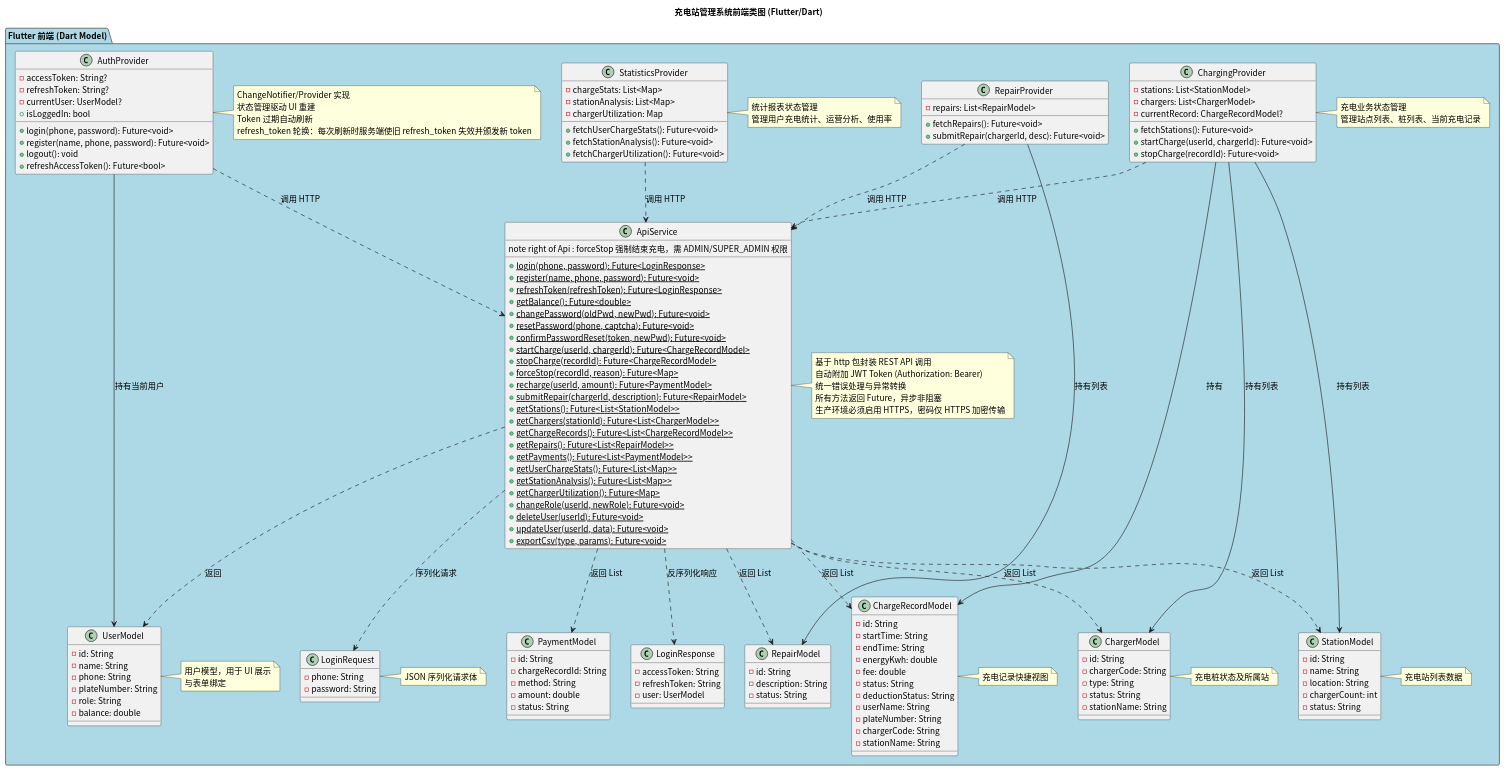
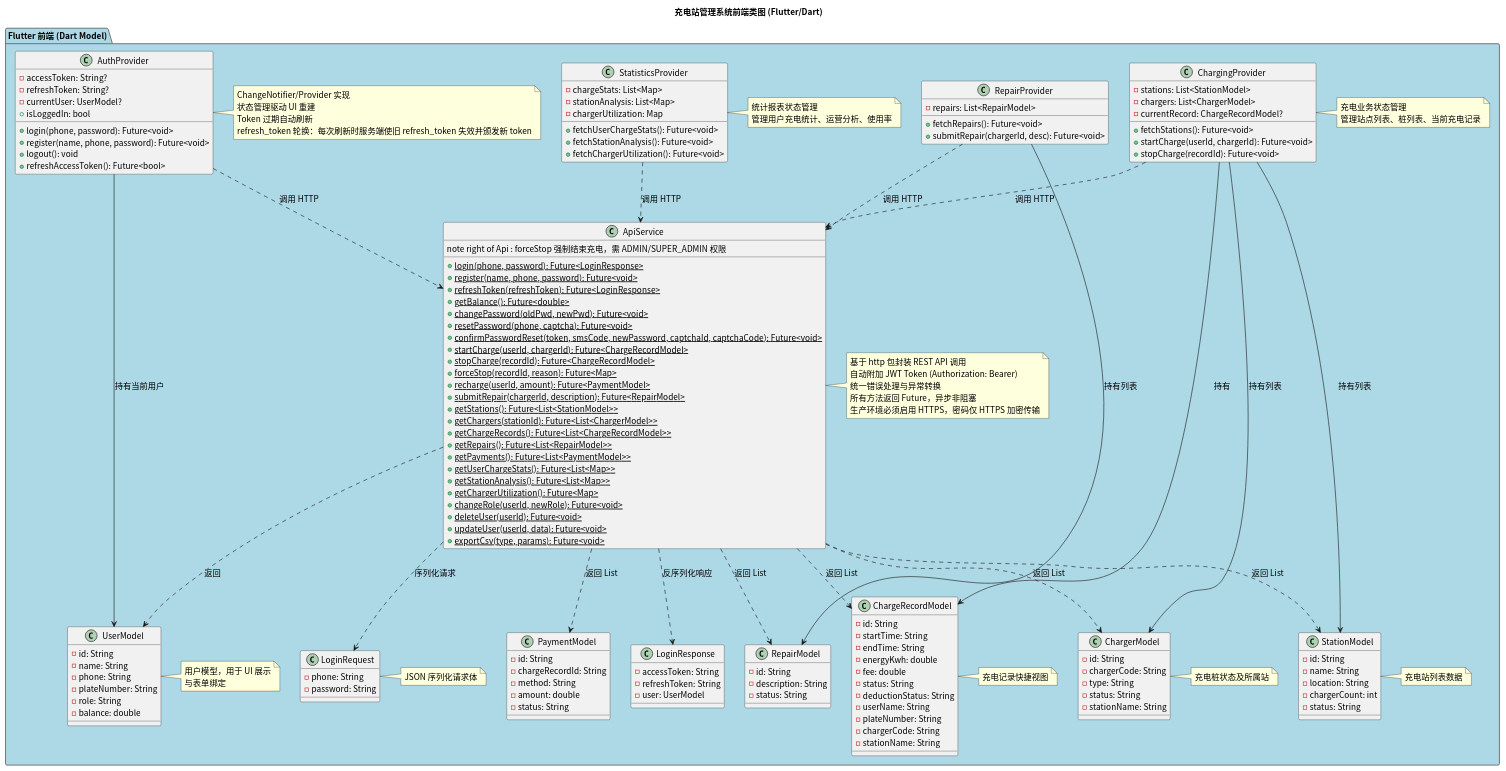
One commit to greenhandzdl/charging-station-doc changed the diagram in class/src/frontend_class_diagram.puml. Above: the diagram before and after it, drawn with PlantUML. The commit also changed 17 other files, not shown here.

First line of the commit message:
fix: 第16轮评估修复 — 注解补全/方法签名对齐/活动图审计日志/安全文档完善

```diff
--- a/class/src/frontend_class_diagram.puml
+++ b/class/src/frontend_class_diagram.puml
@@ -1,169 +1,169 @@
 @startuml
 skinparam defaultFontName "Noto Sans CJK SC"
 skinparam defaultFontSize 14
 title 充电站管理系统前端类图 (Flutter/Dart)
 skinparam package {
   BackgroundColor #F0F0F0
   BorderColor #666666
 }
 
 package "Flutter 前端 (Dart Model)" as FE #ADD8E6 {
 
   class "UserModel" as FUser {
     - id: String
     - name: String
     - phone: String
     - plateNumber: String
     - role: String
     - balance: double
   }
   note right of FUser : 用户模型，用于 UI 展示\n与表单绑定
 
   class "StationModel" as FStation {
     - id: String
     - name: String
     - location: String
     - chargerCount: int
     - status: String
   }
   note right of FStation : 充电站列表数据
 
   class "ChargerModel" as FCharger {
     - id: String
     - chargerCode: String
     - type: String
     - status: String
     - stationName: String
   }
   note right of FCharger : 充电桩状态及所属站
 
   class "ChargeRecordModel" as FCRecord {
     - id: String
     - startTime: String
     - endTime: String
     - energyKwh: double
     - fee: double
     - status: String
     - deductionStatus: String
     - userName: String
     - plateNumber: String
     - chargerCode: String
     - stationName: String
   }
   note right of FCRecord : 充电记录快捷视图
 
   class "PaymentModel" as FPayment {
     - id: String
     - chargeRecordId: String
     - method: String
     - amount: double
     - status: String
   }
 
   class "RepairModel" as FRepair {
     - id: String
     - description: String
     - status: String
   }
 
   class "LoginRequest" as LoginReq {
     - phone: String
     - password: String
   }
   note right of LoginReq : JSON 序列化请求体
 
   class "LoginResponse" as LoginResp {
     - accessToken: String
     - refreshToken: String
     - user: UserModel
   }
 
   class "ApiService" as Api {
     + {static} login(phone, password): Future<LoginResponse>
     + {static} register(name, phone, password): Future<void>
     + {static} refreshToken(refreshToken): Future<LoginResponse>
     + {static} getBalance(): Future<double>
     + {static} changePassword(oldPwd, newPwd): Future<void>
     + {static} resetPassword(phone, captcha): Future<void>
-    + {static} confirmPasswordReset(token, newPwd): Future<void>
+    + {static} confirmPasswordReset(token, smsCode, newPassword, captchaId, captchaCode): Future<void>
     + {static} startCharge(userId, chargerId): Future<ChargeRecordModel>
     + {static} stopCharge(recordId): Future<ChargeRecordModel>
     + {static} forceStop(recordId, reason): Future<Map>
     note right of Api : forceStop 强制结束充电，需 ADMIN/SUPER_ADMIN 权限
     + {static} recharge(userId, amount): Future<PaymentModel>
     + {static} submitRepair(chargerId, description): Future<RepairModel>
     + {static} getStations(): Future<List<StationModel>>
     + {static} getChargers(stationId): Future<List<ChargerModel>>
     + {static} getChargeRecords(): Future<List<ChargeRecordModel>>
     + {static} getRepairs(): Future<List<RepairModel>>
     + {static} getPayments(): Future<List<PaymentModel>>
     + {static} getUserChargeStats(): Future<List<Map>>
     + {static} getStationAnalysis(): Future<List<Map>>
     + {static} getChargerUtilization(): Future<Map>
     + {static} changeRole(userId, newRole): Future<void>
     + {static} deleteUser(userId): Future<void>
     + {static} updateUser(userId, data): Future<void>
     + {static} exportCsv(type, params): Future<void>
   }
   note right of Api : 基于 http 包封装 REST API 调用\n自动附加 JWT Token (Authorization: Bearer)\n统一错误处理与异常转换\n所有方法返回 Future，异步非阻塞\n生产环境必须启用 HTTPS，密码仅 HTTPS 加密传输
 
   class "AuthProvider" as Auth {
     - accessToken: String?
     - refreshToken: String?
     - currentUser: UserModel?
     + login(phone, password): Future<void>
     + register(name, phone, password): Future<void>
     + logout(): void
     + refreshAccessToken(): Future<bool>
     + isLoggedIn: bool
   }
   note right of Auth : ChangeNotifier/Provider 实现\n状态管理驱动 UI 重建\nToken 过期自动刷新\nrefresh_token 轮换：每次刷新时服务端使旧 refresh_token 失效并颁发新 token
 
   class "ChargingProvider" as CP {
     - stations: List<StationModel>
     - chargers: List<ChargerModel>
     - currentRecord: ChargeRecordModel?
     + fetchStations(): Future<void>
     + startCharge(userId, chargerId): Future<void>
     + stopCharge(recordId): Future<void>
   }
   note right of CP : 充电业务状态管理\n管理站点列表、桩列表、当前充电记录
 
   class "RepairProvider" as RP {
     - repairs: List<RepairModel>
     + fetchRepairs(): Future<void>
     + submitRepair(chargerId, desc): Future<void>
   }
 
   class "StatisticsProvider" as StatsP {
     - chargeStats: List<Map>
     - stationAnalysis: List<Map>
     - chargerUtilization: Map
     + fetchUserChargeStats(): Future<void>
     + fetchStationAnalysis(): Future<void>
     + fetchChargerUtilization(): Future<void>
   }
   note right of StatsP : 统计报表状态管理\n管理用户充电统计、运营分析、使用率
 }
 
 ' ===== 关联关系 =====
 Api ..> LoginReq : 序列化请求
 Api ..> LoginResp : 反序列化响应
 Api ..> FStation : 返回 List
 Api ..> FCharger : 返回 List
 Api ..> FUser : 返回
 Api ..> FCRecord : 返回 List
 Api ..> FPayment : 返回 List
 Api ..> FRepair : 返回 List
 
 Auth --> FUser : 持有当前用户
 Auth ..> Api : 调用 HTTP
 CP ..> Api : 调用 HTTP
 CP --> FStation : 持有列表
 CP --> FCharger : 持有列表
 CP --> FCRecord : 持有
 RP ..> Api : 调用 HTTP
 RP --> FRepair : 持有列表
 StatsP ..> Api : 调用 HTTP
 
 @enduml
```
